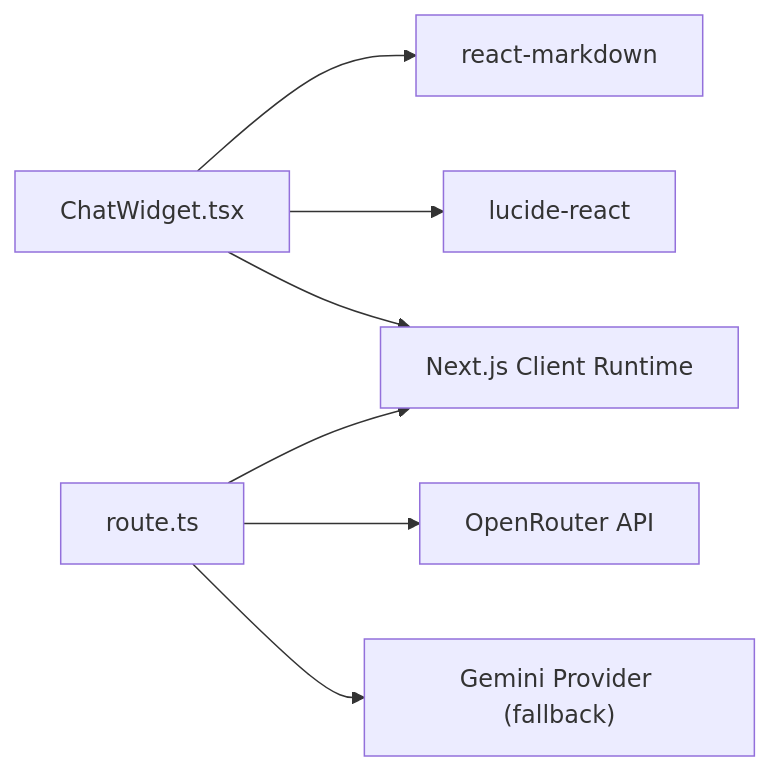
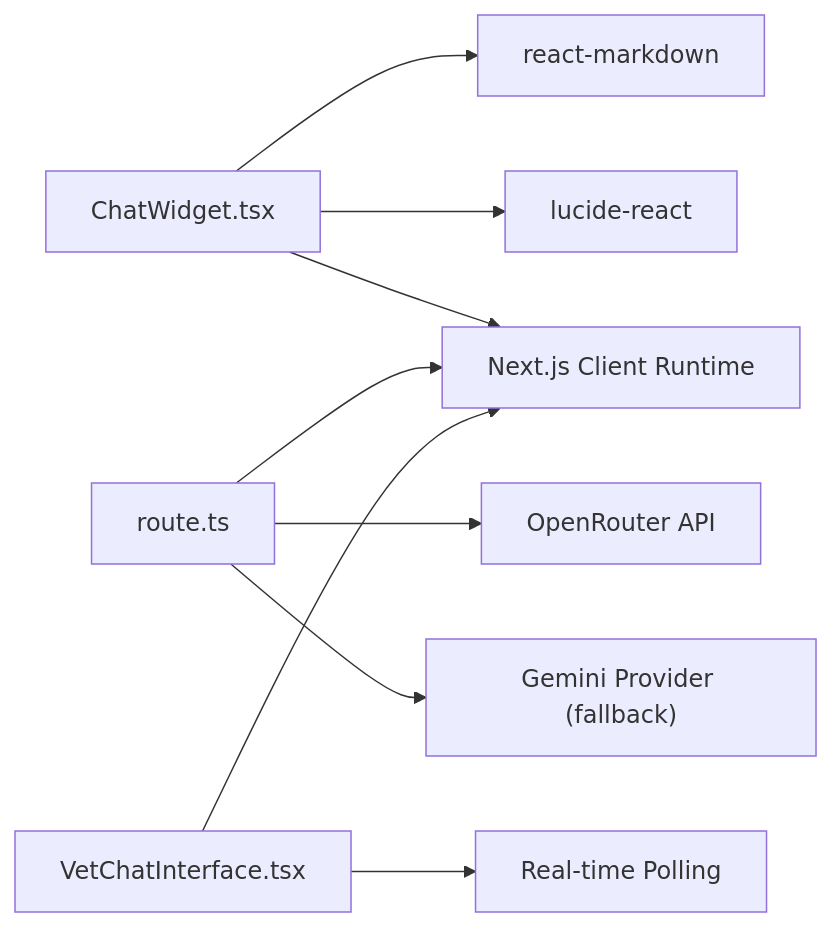
The third of 5 diagrams in .qoder/repowiki/en/content/UI Components/Chat Widget Component.md (Javeria-Javaid/ai-powered-pet-healthcare-ecosystem), drawn with Mermaid before and after one commit. The commit also changed other lines of this file and 37 other files, not shown here.

````diff
--- a/.qoder/repowiki/en/content/UI Components/Chat Widget Component.md
+++ b/.qoder/repowiki/en/content/UI Components/Chat Widget Component.md
@@ -204,9 +256,11 @@
 ```mermaid
 graph LR
 CW["ChatWidget.tsx"] --> RM["react-markdown"]
 CW --> LUCIDE["lucide-react"]
 CW --> NEXT["Next.js Client Runtime"]
 AR["route.ts"] --> NEXT
 AR --> OR["OpenRouter API"]
 AR --> GP["Gemini Provider (fallback)"]
+VCI["VetChatInterface.tsx"] --> NEXT
+VCI --> POLL["Real-time Polling"]
 ```
````
